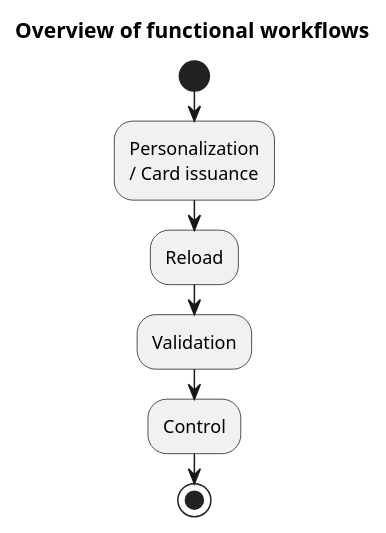
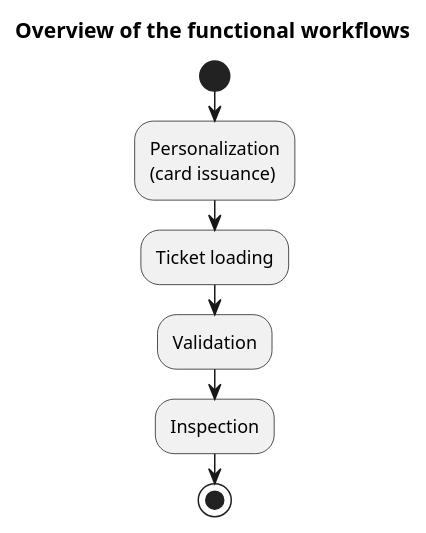
Before and after one commit to calypsonet/keyple-demo-ticketing: the diagram in docs/user-guide/diagrams/workflow-overview.puml, drawn with PlantUML. The commit also changed 8 other files, not shown here.

```diff
--- a/docs/user-guide/diagrams/workflow-overview.puml
+++ b/docs/user-guide/diagrams/workflow-overview.puml
@@ -1,16 +1,16 @@
 @startuml workflow-overview
-title Overview of functional workflows
+title Overview of the functional workflows
 
 start
 
-:Personalization\n/ Card issuance;
+:Personalization\n(card issuance);
 
-:Reload;
+:Ticket loading;
 
 :Validation;
 
-:Control;
+:Inspection;
 
 stop
 
 @enduml
```
